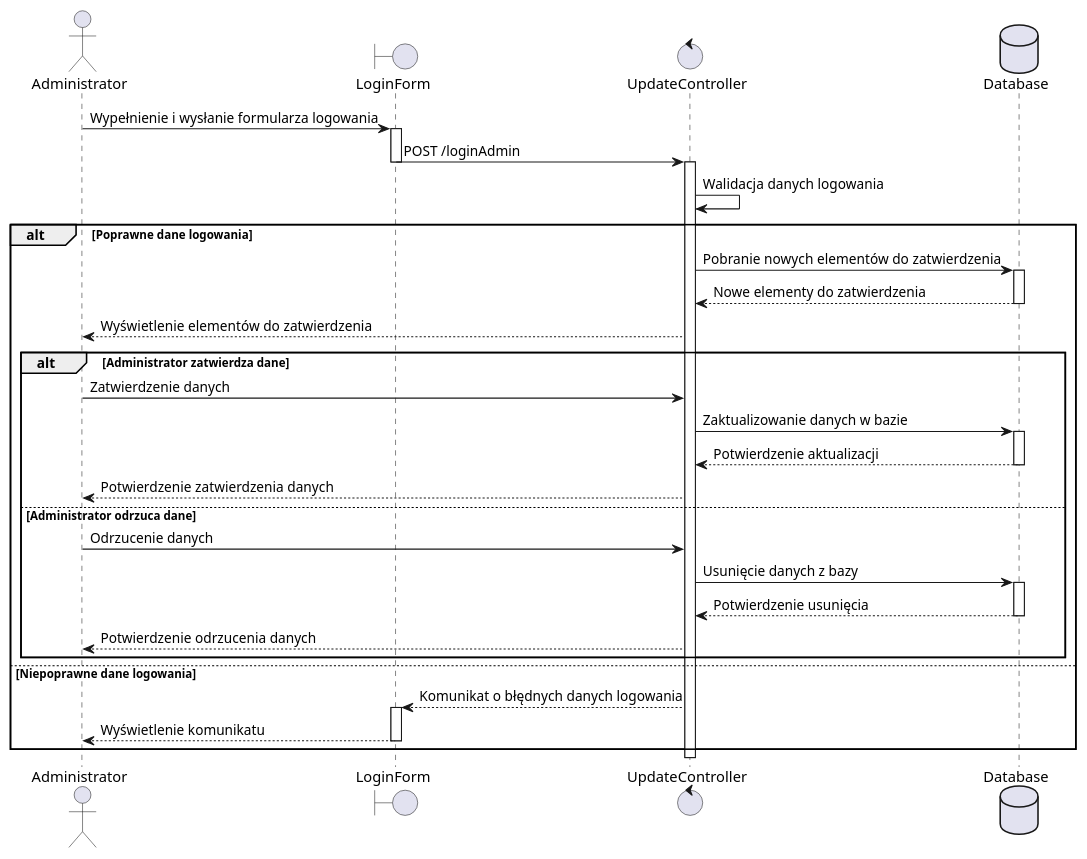
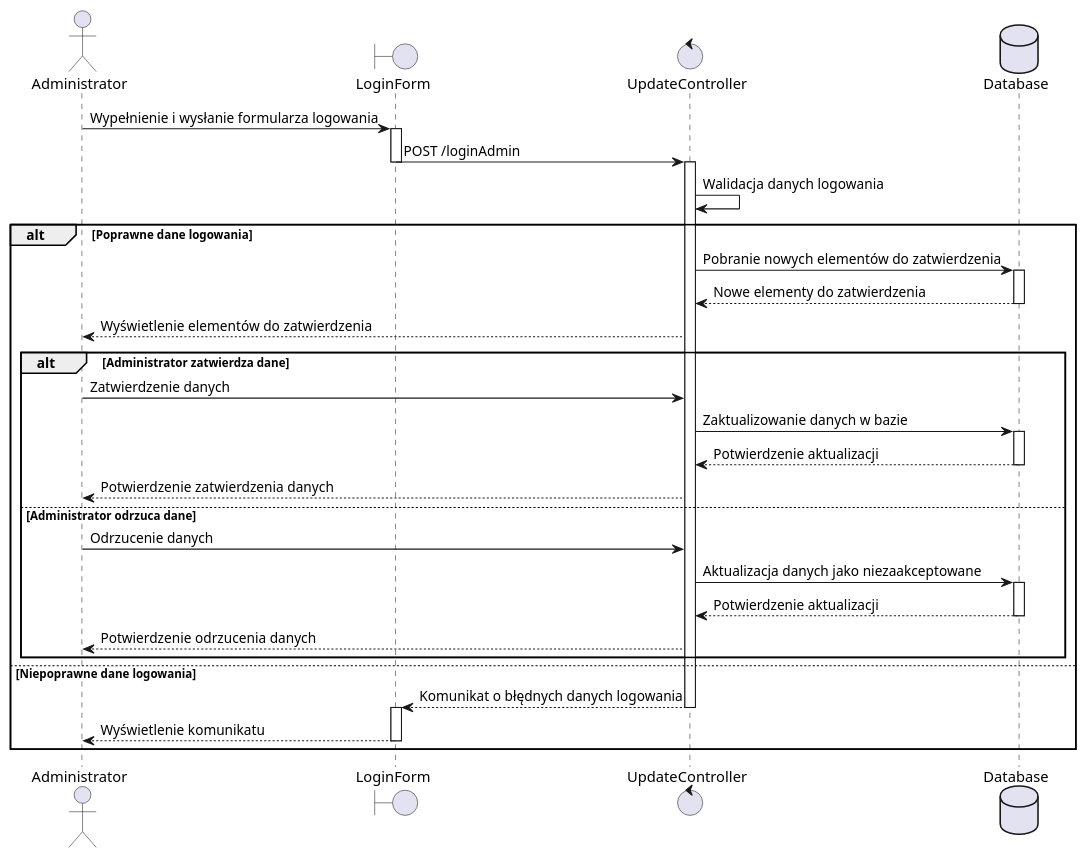
One commit to Tkapcer/SystemSprzedazyBiletow changed the diagram in Diagramy/Sekwencji/Administrator.puml. Above: the diagram before and after it, drawn with PlantUML. The commit also changed 3 other files, not shown here.

Commit message:
Poprawki diagramów sekwencji

```diff
--- a/Diagramy/Sekwencji/Administrator.puml
+++ b/Diagramy/Sekwencji/Administrator.puml
@@ -1,43 +1,44 @@
 @startuml
 actor Administrator
-boundary LoginForm   /'Formularz logowania administratora'/ 
-control UpdateController  /'Kontroler odpowiedzialny za zarządzanie aktualizacjami'/ 
+boundary LoginForm   /'Formularz logowania administratora'/
+control UpdateController  /'Kontroler odpowiedzialny za zarządzanie aktualizacjami'/
 database Database
 
 Administrator -> LoginForm: Wypełnienie i wysłanie formularza logowania
 activate LoginForm
 LoginForm -> UpdateController: POST /loginAdmin
 deactivate LoginForm
 activate UpdateController
 UpdateController -> UpdateController: Walidacja danych logowania
 
 alt Poprawne dane logowania
     UpdateController -> Database: Pobranie nowych elementów do zatwierdzenia
     activate Database
     Database --> UpdateController: Nowe elementy do zatwierdzenia
     deactivate Database
     UpdateController --> Administrator: Wyświetlenie elementów do zatwierdzenia
 
     alt Administrator zatwierdza dane
         Administrator -> UpdateController: Zatwierdzenie danych
         UpdateController -> Database: Zaktualizowanie danych w bazie
         activate Database
         Database --> UpdateController: Potwierdzenie aktualizacji
         deactivate Database
         UpdateController --> Administrator: Potwierdzenie zatwierdzenia danych
     else Administrator odrzuca dane
         Administrator -> UpdateController: Odrzucenie danych
-        UpdateController -> Database: Usunięcie danych z bazy
+        UpdateController -> Database: Aktualizacja danych jako niezaakceptowane
         activate Database
-        Database --> UpdateController: Potwierdzenie usunięcia
+        Database --> UpdateController: Potwierdzenie aktualizacji
         deactivate Database
         UpdateController --> Administrator: Potwierdzenie odrzucenia danych
     end
 
 else Niepoprawne dane logowania
     UpdateController --> LoginForm: Komunikat o błędnych danych logowania
+    deactivate UpdateController
     activate LoginForm
     LoginForm --> Administrator: Wyświetlenie komunikatu
     deactivate LoginForm
 end
 @enduml
```
